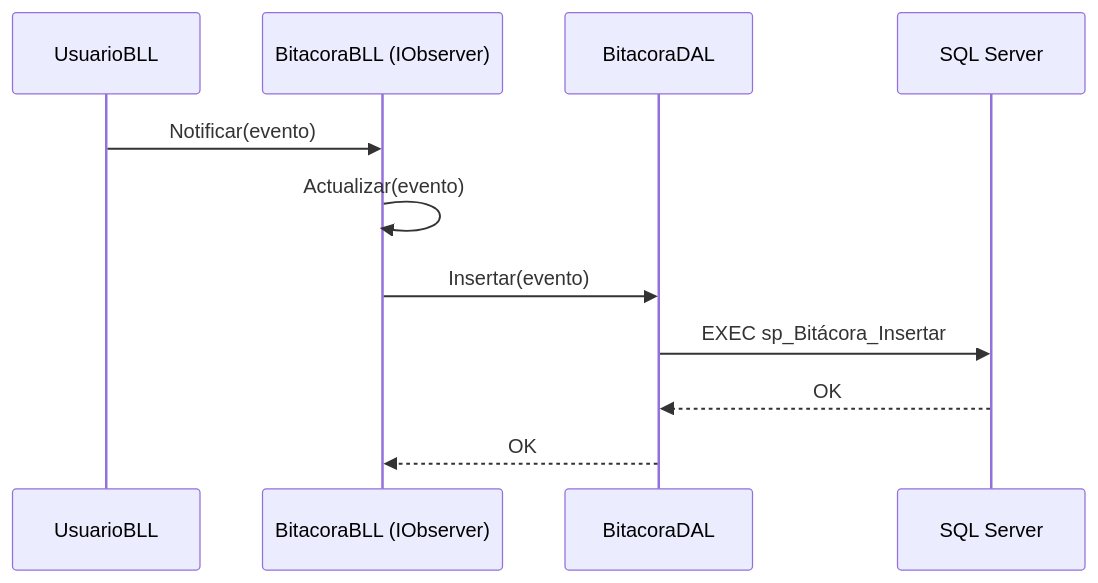
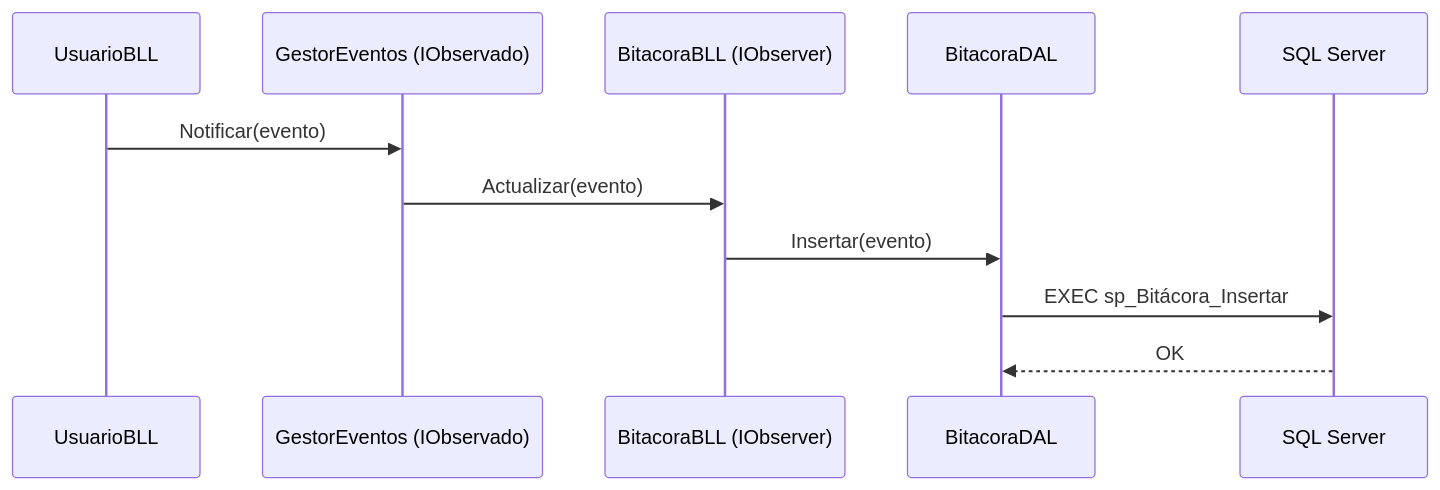
Diagram 15 of 18 in Documentacion/Carpeta_Documentacion.md (condenl/Trabajo-Practico-Final), drawn with Mermaid before and after one commit. The commit also changed other lines of this file and 52 other files, not shown here.

````diff
--- a/Documentacion/Carpeta_Documentacion.md
+++ b/Documentacion/Carpeta_Documentacion.md
@@ -2580,14 +2379,14 @@
 ```mermaid
 sequenceDiagram
     participant Usu as UsuarioBLL
-    participant BitaBLL as BitacoraBLL (IObserver)
-    participant BitaDAL as BitacoraDAL
+    participant Gst as GestorEventos (IObservado)
+    participant Bita as BitacoraBLL (IObserver)
+    participant DAL as BitacoraDAL
     participant BD as SQL Server
 
-    Usu->>BitaBLL: Notificar(evento)
-    BitaBLL->>BitaBLL: Actualizar(evento)
-    BitaBLL->>BitaDAL: Insertar(evento)
-    BitaDAL->>BD: EXEC sp_Bitácora_Insertar
-    BD-->>BitaDAL: OK
-    BitaDAL-->>BitaBLL: OK
+    Usu->>Gst: Notificar(evento)
+    Gst->>Bita: Actualizar(evento)
+    Bita->>DAL: Insertar(evento)
+    DAL->>BD: EXEC sp_Bitácora_Insertar
+    BD-->>DAL: OK
 ```
````
